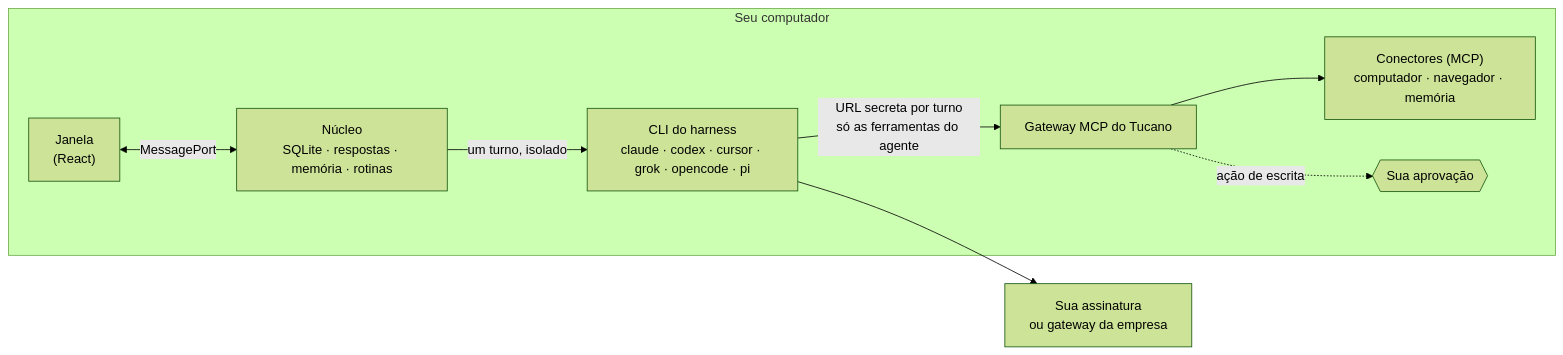
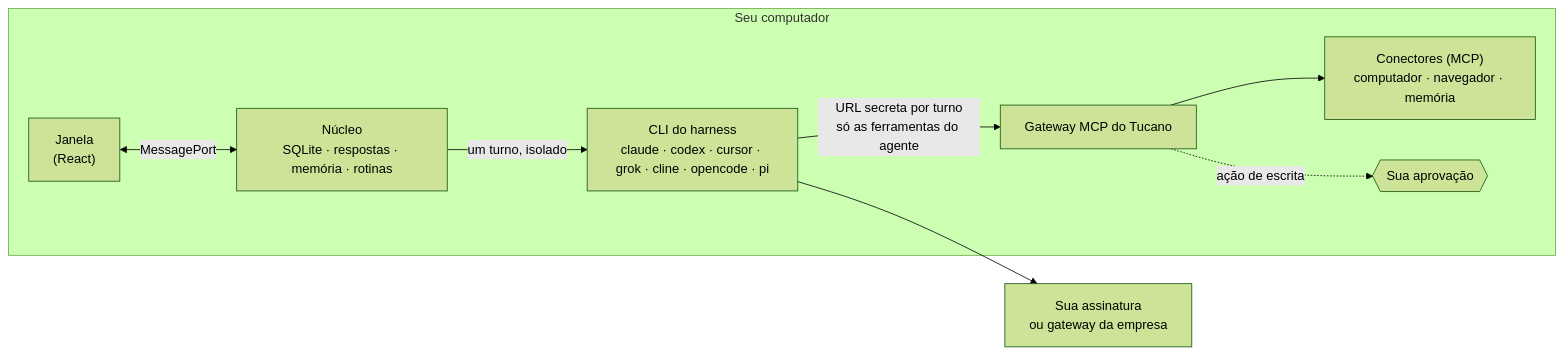
The diagram in README.pt-BR.md (eduwxyz/tucano), drawn with Mermaid (forest theme) before and after one commit. The commit also changed other lines of this file and 69 other files, not shown here.

First line of the commit message:
Add Cline CLI as a harness

````diff
--- a/README.pt-BR.md
+++ b/README.pt-BR.md
@@ -162,11 +163,11 @@
 ```mermaid
 flowchart LR
   subgraph Mac["Seu computador"]
     UI["Janela<br/>(React)"] <-->|MessagePort| Core["Núcleo<br/>SQLite · respostas · memória · rotinas"]
-    Core -->|"um turno, isolado"| CLI["CLI do harness<br/>claude · codex · cursor · grok · opencode · pi"]
+    Core -->|"um turno, isolado"| CLI["CLI do harness<br/>claude · codex · cursor · grok · cline · opencode · pi"]
     CLI -->|"URL secreta por turno<br/>só as ferramentas do agente"| GW["Gateway MCP do Tucano"]
     GW --> Tools["Conectores (MCP)<br/>computador · navegador · memória"]
     GW -.->|"ação de escrita"| OK{{"Sua aprovação"}}
   end
   CLI --> Model["Sua assinatura<br/>ou gateway da empresa"]
 ```
````
